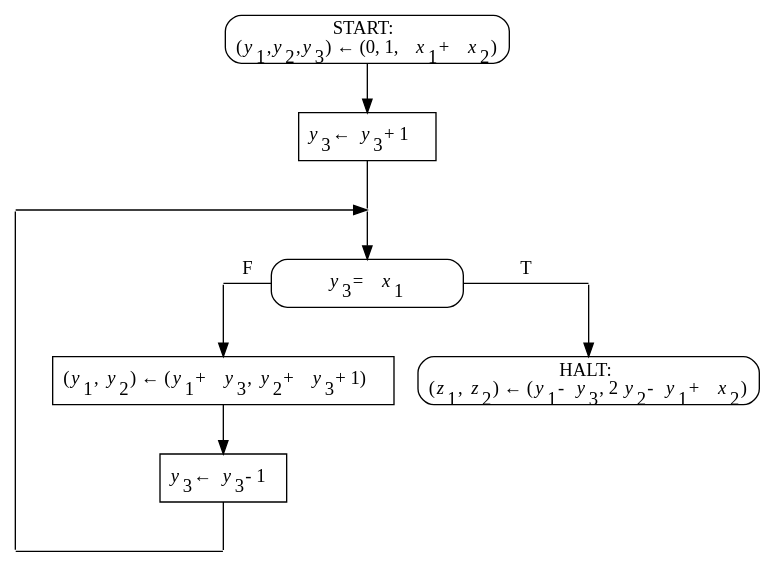
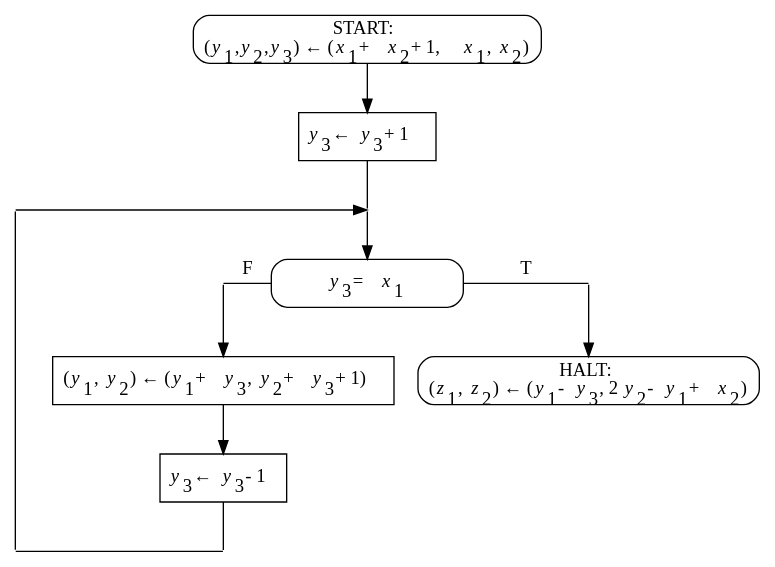
One commit to kornevgen/mfsp changed the diagram in exercises/x2_fig1.dot. Above: the diagram before and after it, drawn with Graphviz. The commit also changed 1 other file, not shown here.

```diff
--- a/exercises/x2_fig1.dot
+++ b/exercises/x2_fig1.dot
@@ -1,25 +1,25 @@
 digraph G{
 
 /* nodes by levels */
 node[shape=rectangle];
-START[style=rounded, label=<START:<br/>(<i>y</i><sub>1</sub>,<i>y</i><sub>2</sub>,<i>y</i><sub>3</sub>) &larr; (0, 1, <i>x</i><sub>1</sub> + <i>x</i><sub>2</sub>)>];
+START[style=rounded, label=<START:<br/>(<i>y</i><sub>1</sub>,<i>y</i><sub>2</sub>,<i>y</i><sub>3</sub>) &larr; (<i>x</i><sub>1</sub> + <i>x</i><sub>2</sub> + 1, <i>x</i><sub>1</sub>, <i>x</i><sub>2</sub>)>];
 ASSIGN1[label=<<i>y</i><sub>3</sub> &larr; <i>y</i><sub>3</sub> + 1>];
 TEST[style=rounded, width=2, label=<<i>y</i><sub>3</sub> = <i>x</i><sub>1</sub>>];
 ASSIGN2[label=<(<i>y</i><sub>1</sub>, <i>y</i><sub>2</sub>) &larr; (<i>y</i><sub>1</sub> + <i>y</i><sub>3</sub>, <i>y</i><sub>2</sub> + <i>y</i><sub>3</sub> + 1)>];
 ASSIGN3[label=<<i>y</i><sub>3</sub> &larr; <i>y</i><sub>3</sub> - 1>];
 HALT[style=rounded, label=<HALT:<br/>(<i>z</i><sub>1</sub>, <i>z</i><sub>2</sub>) &larr; (<i>y</i><sub>1</sub> - <i>y</i><sub>3</sub>, 2<i>y</i><sub>2</sub> - <i>y</i><sub>1</sub> + <i>x</i><sub>2</sub>)>];
 
 /* edges */
 node [shape=point, width=0, label=""];
 START -> ASSIGN1 [weight=8]; ASSIGN1 -> p2 [arrowhead=none];
 { rank=same; p1 -> p2; }
 p1 -> p5 [weight=8, arrowhead=none];
 p2 -> TEST[weight=8];
 { rank=same; p3 -> TEST [label="F", arrowhead=none]; TEST -> p4 [label="T", arrowhead=none]; }
 p3 -> ASSIGN2 [weight=8];
 p4 -> HALT [weight=8];
 { rank=same; ASSIGN2; HALT; }
 ASSIGN2 -> ASSIGN3 [weight=8];
 ASSIGN3 -> p6 [weight=8, arrowhead=none];
 { rank=same; p5 -> p6 [arrowhead=none]; }
 }
```
